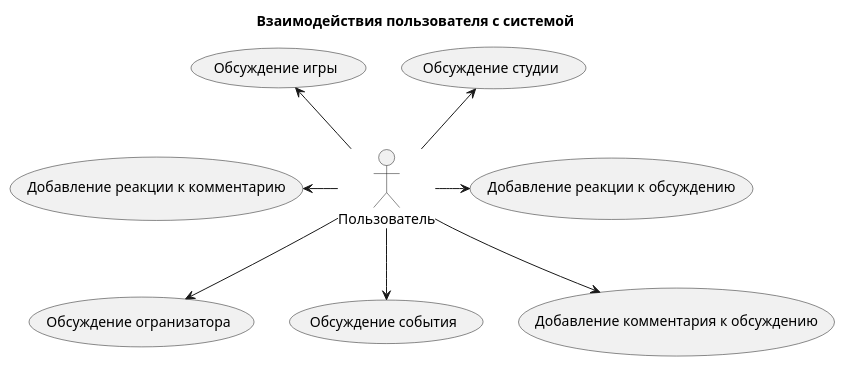
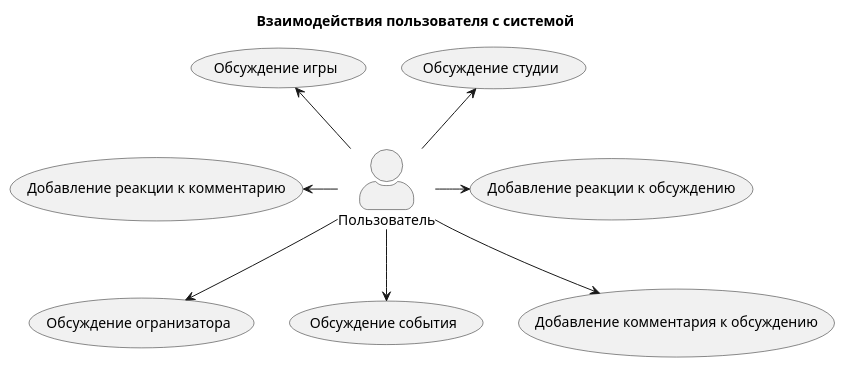
One commit to TrondinDS/SNGGame changed the diagram in doc/usecases/detailed_user.plantuml. Above: the diagram before and after it, drawn with PlantUML. The commit also changed 2 other files, not shown here.

Commit message:
add detailed studio usecase diagram

```diff
--- a/doc/usecases/detailed_user.plantuml
+++ b/doc/usecases/detailed_user.plantuml
@@ -1,23 +1,24 @@
 @startuml
 
 title "Взаимодействия пользователя с системой"
 
+skinparam actorStyle awesome
 :Пользователь: as user
 
 usecase "Обсуждение студии" as studio_topic
 usecase "Обсуждение игры" as game_topic
 usecase "Обсуждение огранизатора" as organizer_topic
 usecase "Обсуждение события" as event_topic
 usecase "Добавление комментария к обсуждению" as comment_topic
 usecase "Добавление реакции к обсуждению" as react_topic
 usecase "Добавление реакции к комментарию" as react_comment
 
 user -up-> studio_topic
 user -up-> game_topic
 user -right-> react_topic
 user -down-> organizer_topic
 user -down-> comment_topic
 user -down-> event_topic
 user -left-> react_comment
 
 @enduml
```
